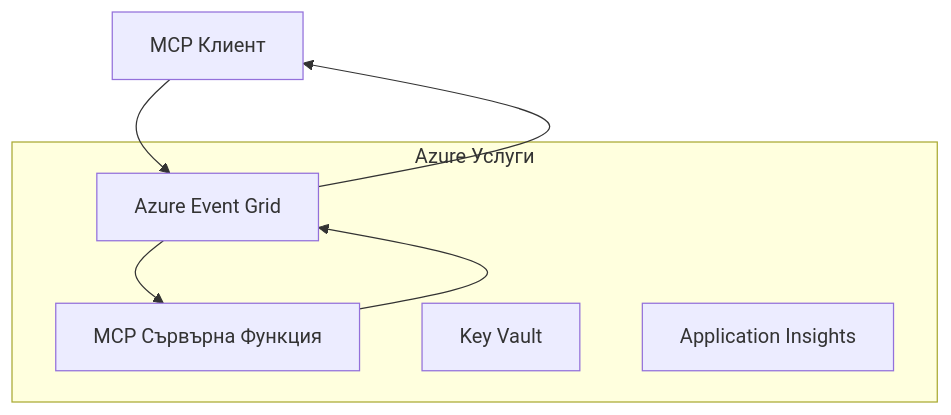
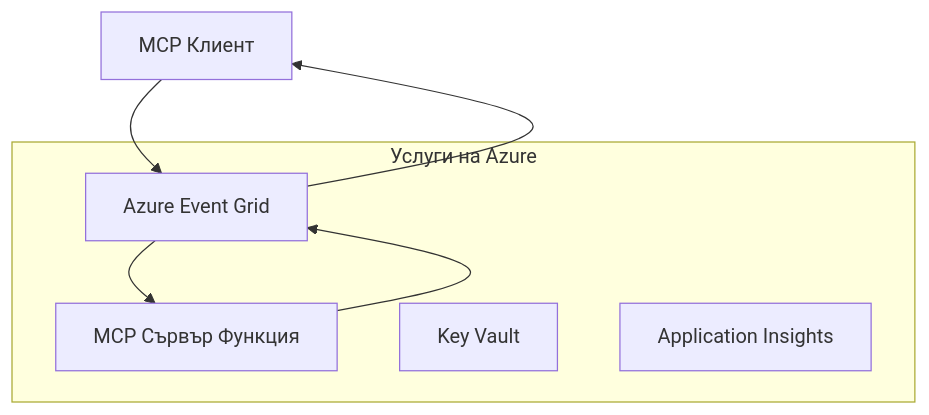
The first of 2 diagrams in mcp_ecosystem__model_context_protocol/mcp_learning_resources/mcp-for-beginners/translations/bg/05-AdvancedTopics/mcp-transport/README.md (HIDORAKAI002/ai-workspace-archive), drawn with Mermaid before and after one commit. The commit also changed other lines of this file and 1046 other files, not shown here.

````diff
--- a/mcp_ecosystem__model_context_protocol/mcp_learning_resources/mcp-for-beginners/translations/bg/05-AdvancedTopics/mcp-transport/README.md
+++ b/mcp_ecosystem__model_context_protocol/mcp_learning_resources/mcp-for-beginners/translations/bg/05-AdvancedTopics/mcp-transport/README.md
@@ -58,14 +60,14 @@
 ```mermaid
 graph TB
     Client[MCP Клиент] --> EG[Azure Event Grid]
-    EG --> Server[MCP Сървърна Функция]
+    EG --> Server[MCP Сървър Функция]
     Server --> EG
     EG --> Client
     
-    subgraph "Azure Услуги"
+    subgraph "Услуги на Azure"
         EG
         Server
         KV[Key Vault]
         Monitor[Application Insights]
     end
 ```
````
